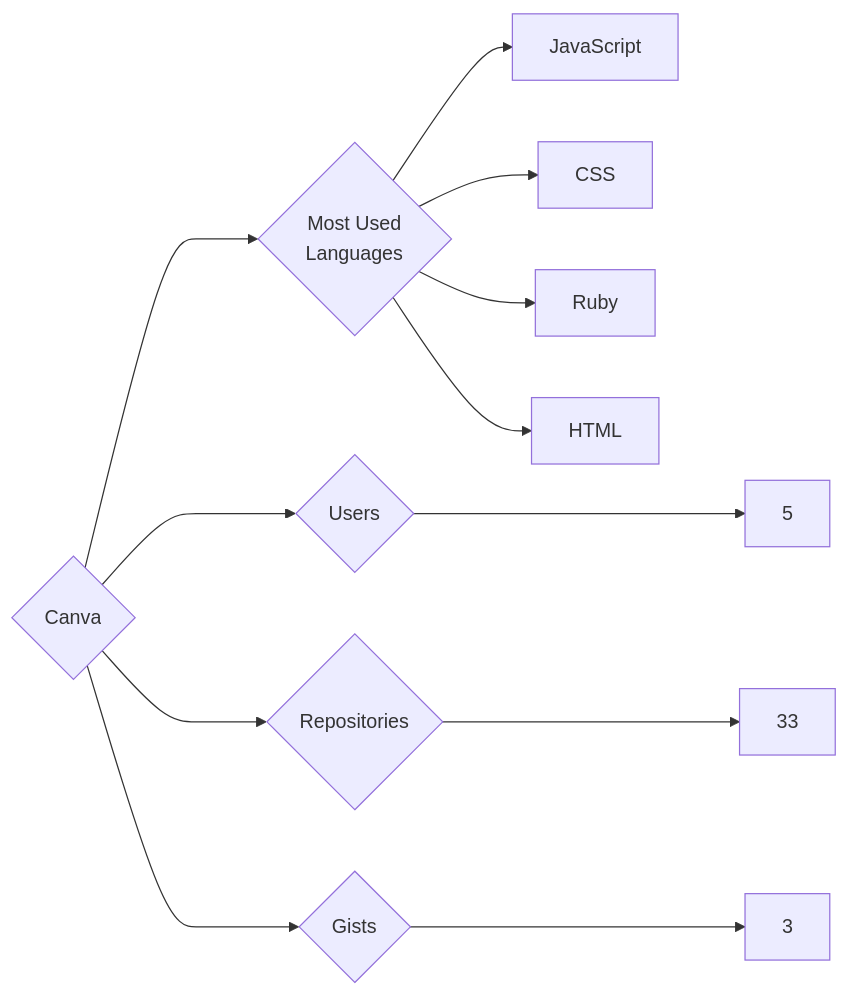
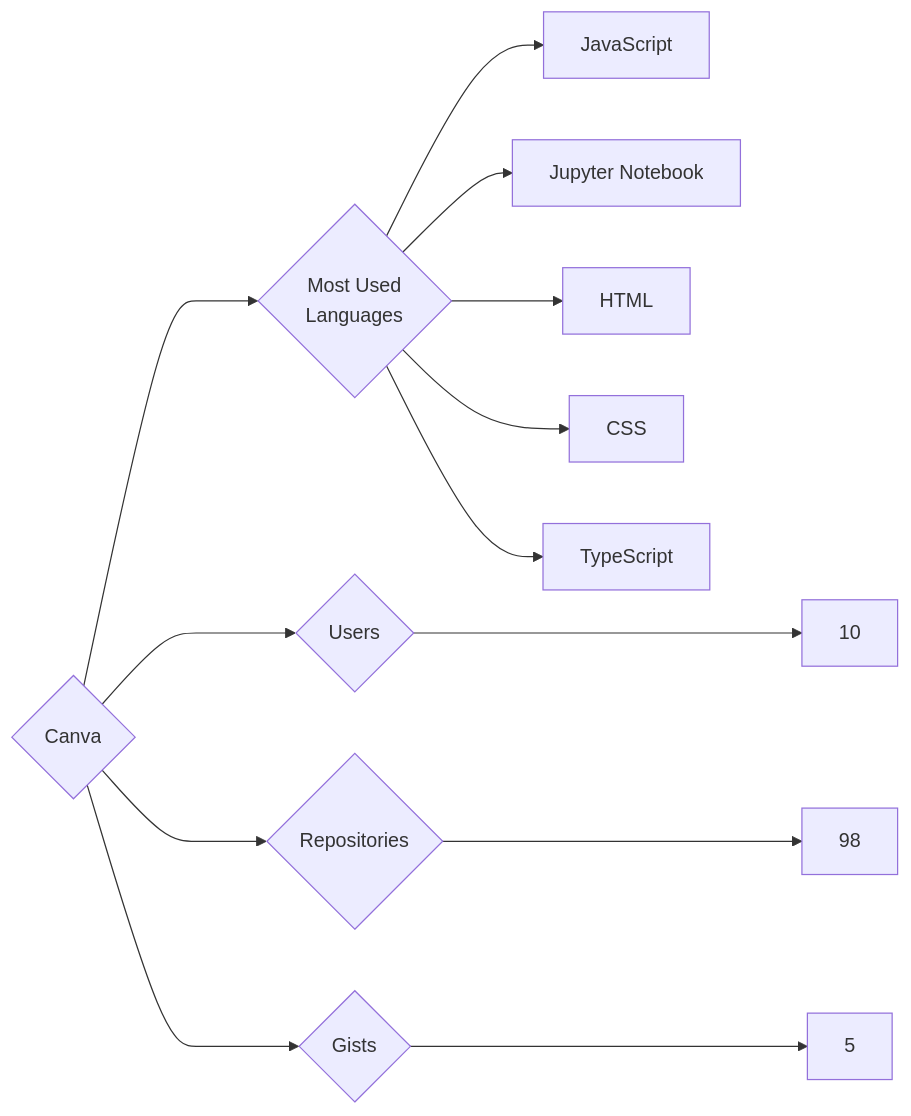
One commit to trickest/insiders changed the diagram in targets/Canva/README.md. Above: the diagram before and after it, drawn with Mermaid. The commit also changed 1148 other files, not shown here.

````diff
--- a/targets/Canva/README.md
+++ b/targets/Canva/README.md
@@ -3,12 +3,13 @@
 ```mermaid
 graph LR
 COMPANY_NAME{Canva}
-COMPANY_NAME ---> U{Users} ---> UN[5]
-COMPANY_NAME ---> R{Repositories} ---> RN[33]
-COMPANY_NAME ---> G{Gists} ---> GN[3]
+COMPANY_NAME ---> U{Users} ---> UN[10]
+COMPANY_NAME ---> R{Repositories} ---> RN[98]
+COMPANY_NAME ---> G{Gists} ---> GN[5]
 COMPANY_NAME ---> ML{Most Used<br>Languages}
 ML --> JavaScript[JavaScript]
+ML --> Jupyter_Notebook[Jupyter Notebook]
+ML --> HTML[HTML]
 ML --> CSS[CSS]
-ML --> Ruby[Ruby]
-ML --> HTML[HTML]
+ML --> TypeScript[TypeScript]
 ```
````
